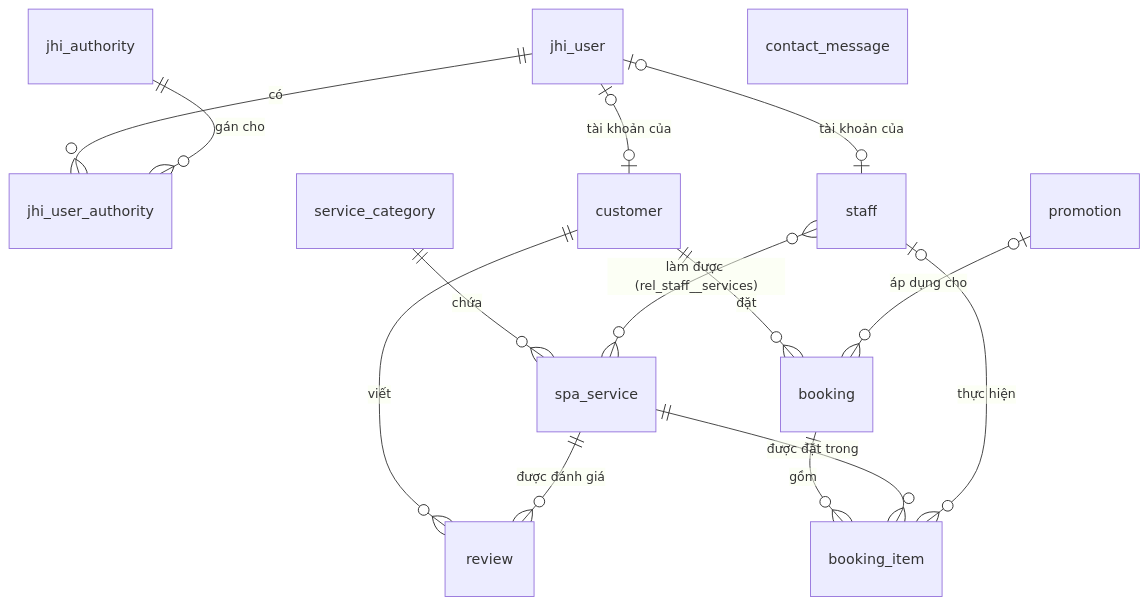
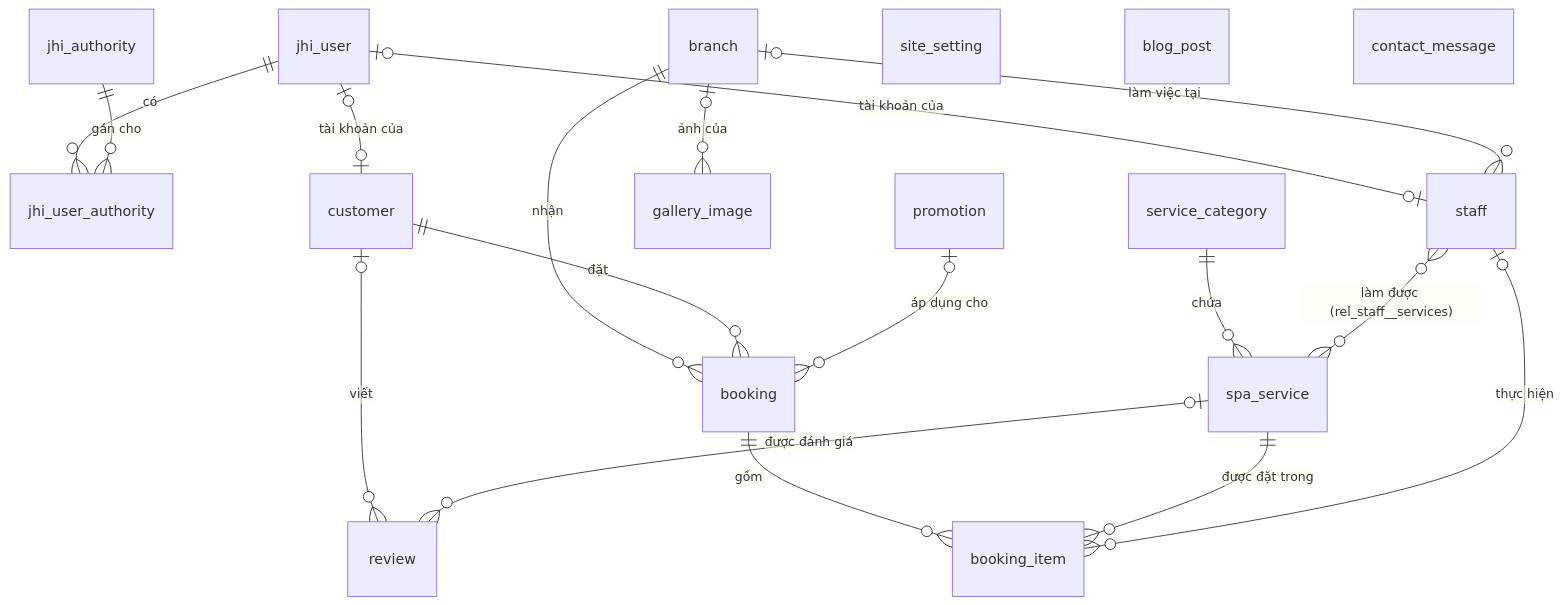
The first of 2 diagrams in docs/01-database-va-phan-quyen.md (fpthenry/aulacswsc), drawn with Mermaid before and after one commit. The commit also changed other lines of this file and 406 other files, not shown here.

First line of the commit message:
feat(site): website khách spa, đặt lịch online, quản trị nội dung song ngữ và hiệu ứng giao diện

````diff
--- a/docs/01-database-va-phan-quyen.md
+++ b/docs/01-database-va-phan-quyen.md
@@ -8,22 +8,28 @@
 ```mermaid
 erDiagram
     jhi_user ||--o{ jhi_user_authority : "có"
     jhi_authority ||--o{ jhi_user_authority : "gán cho"
 
     jhi_user |o--o| customer : "tài khoản của"
     jhi_user |o--o| staff : "tài khoản của"
+
+    branch ||--o{ booking : "nhận"
+    branch |o--o{ staff : "làm việc tại"
+    branch |o--o{ gallery_image : "ảnh của"
 
     service_category ||--o{ spa_service : "chứa"
     staff }o--o{ spa_service : "làm được (rel_staff__services)"
 
     customer ||--o{ booking : "đặt"
     promotion |o--o{ booking : "áp dụng cho"
     booking ||--o{ booking_item : "gồm"
     spa_service ||--o{ booking_item : "được đặt trong"
     staff |o--o{ booking_item : "thực hiện"
 
-    customer ||--o{ review : "viết"
-    spa_service ||--o{ review : "được đánh giá"
+    customer |o--o{ review : "viết"
+    spa_service |o--o{ review : "được đánh giá"
 
+    site_setting
+    blog_post
     contact_message
 ```
````
